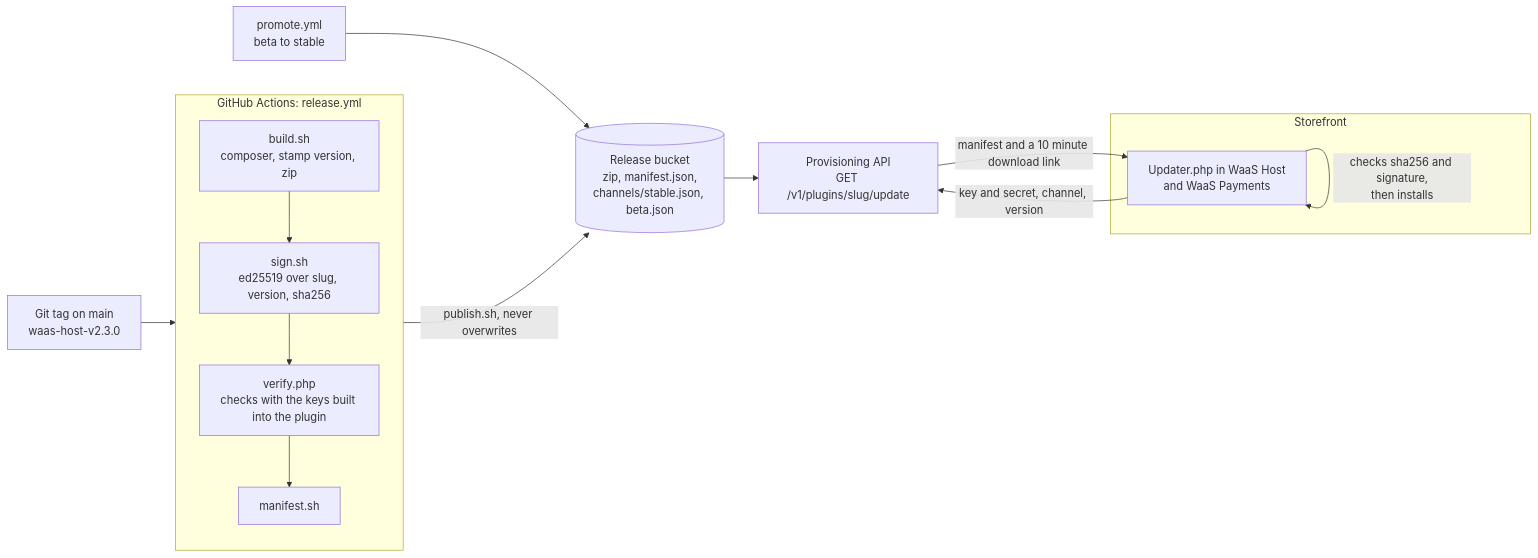
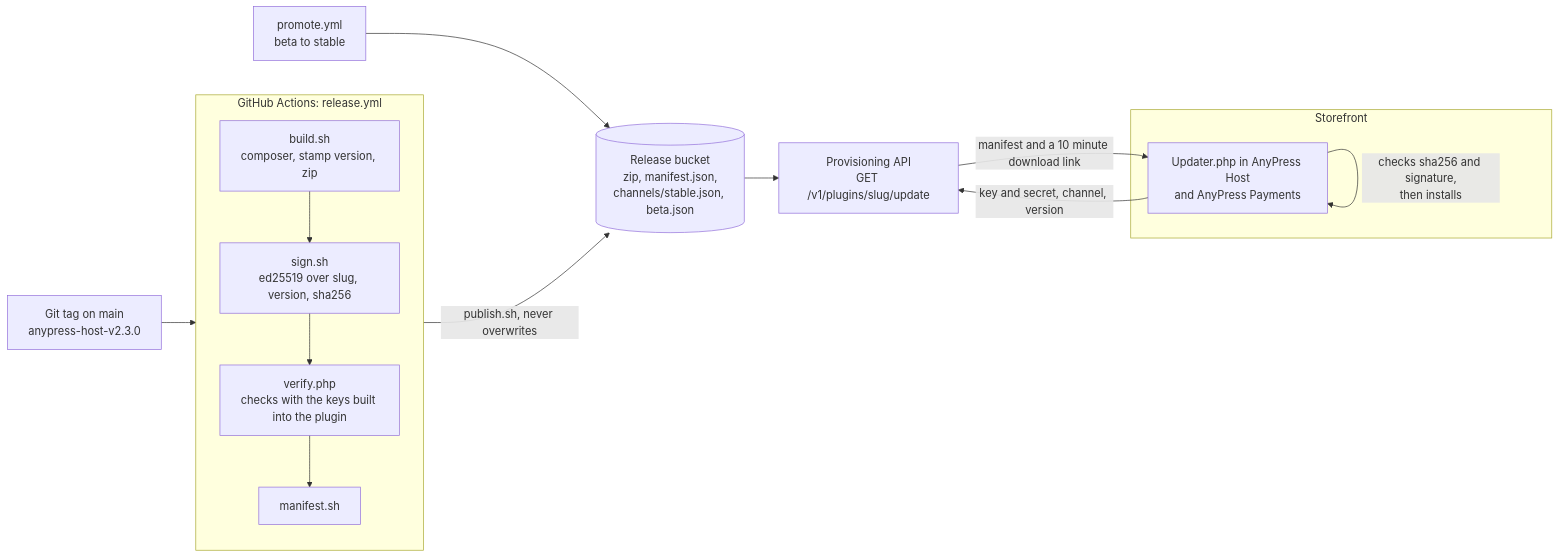
One commit to hamchowderr/waas-plugins changed the fifth of 5 diagrams in docs/architecture/README.md. Above: the diagram before and after it, drawn with Mermaid. The commit also changed other lines of this file and 645 other files, not shown here.

First line of the commit message:
Rename the plugins to AnyPress Host, Client and Payments everywhere (waas-api-x4a) (#131)

````diff
--- a/docs/architecture/README.md
+++ b/docs/architecture/README.md
@@ -189,23 +189,23 @@
 ```mermaid
 flowchart LR
-  TAG["Git tag on main<br/>waas-host-v2.3.0"] --> CI
+  TAG["Git tag on main<br/>anypress-host-v2.3.0"] --> CI
 
   subgraph CI["GitHub Actions: release.yml"]
     direction TB
     B["build.sh<br/>composer, stamp version, zip"] --> S["sign.sh<br/>ed25519 over slug, version, sha256"]
     S --> V["verify.php<br/>checks with the keys built into the plugin"]
     V --> M["manifest.sh"]
   end
 
   CI -->|"publish.sh, never overwrites"| R2[("Release bucket<br/>zip, manifest.json,<br/>channels/stable.json, beta.json")]
   PROMOTE["promote.yml<br/>beta to stable"] --> R2
   R2 --> API["Provisioning API<br/>GET /v1/plugins/slug/update"]
 
   subgraph SITE["Storefront"]
-    UP["Updater.php in WaaS Host<br/>and WaaS Payments"]
+    UP["Updater.php in AnyPress Host<br/>and AnyPress Payments"]
   end
 
   UP -->|"key and secret, channel, version"| API
   API -->|"manifest and a 10 minute download link"| UP
   UP -->|"checks sha256 and signature,<br/>then installs"| UP
 ```
````
